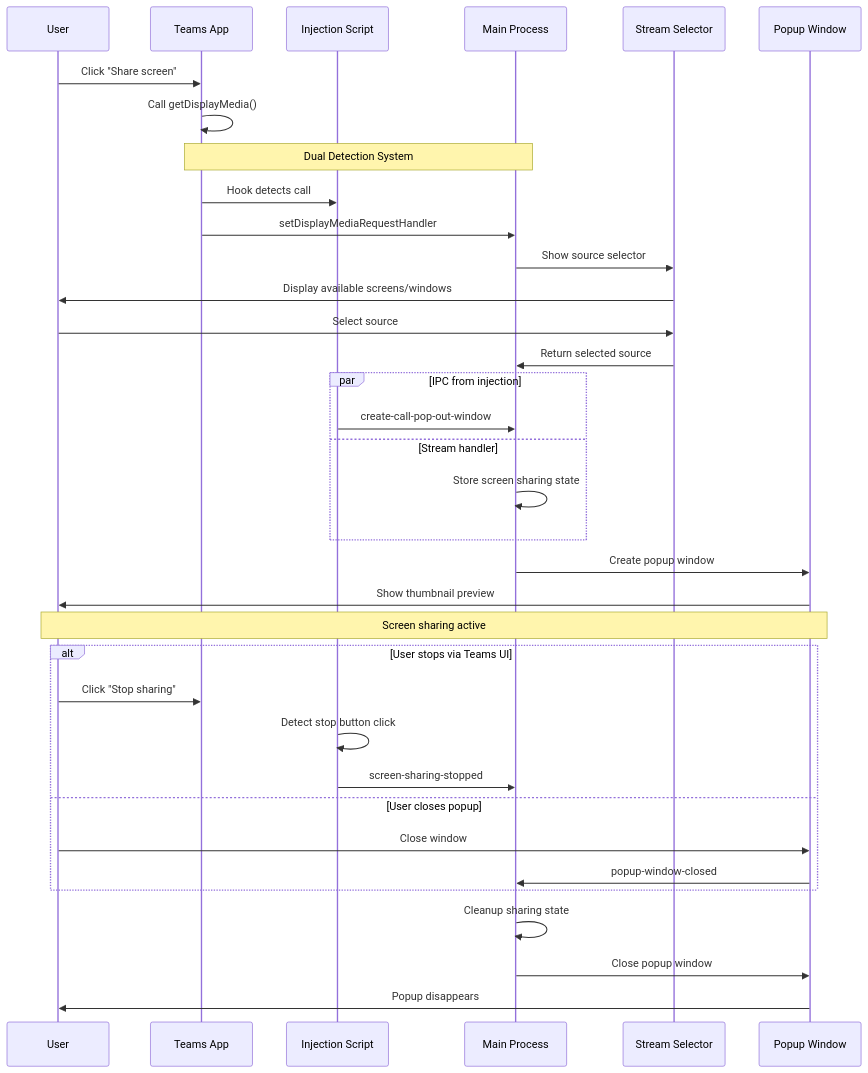
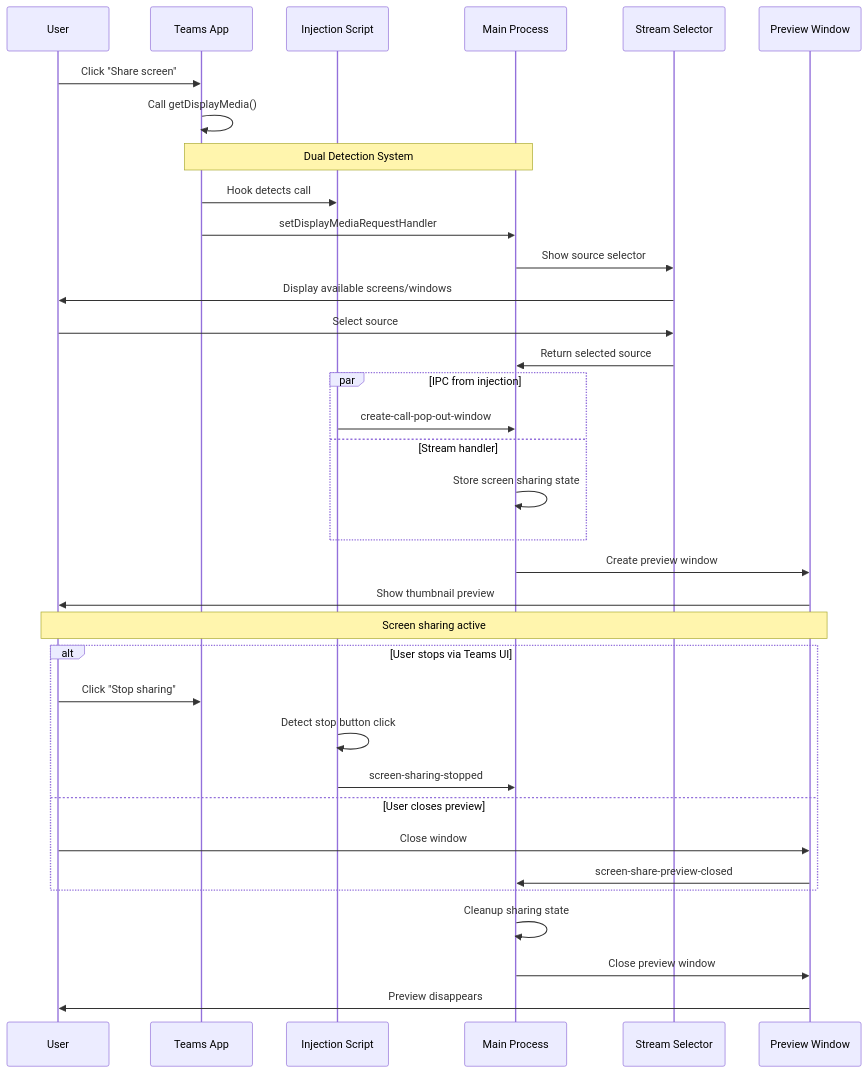
One commit to IsmaelMartinez/teams-for-linux changed the third of 4 diagrams in docs/screen-sharing.md. Above: the diagram before and after it, drawn with Mermaid. The commit also changed other lines of this file and 18 other files, not shown here.

````diff
--- a/docs/screen-sharing.md
+++ b/docs/screen-sharing.md
@@ -79,45 +79,45 @@
 ```mermaid
 sequenceDiagram
     participant U as User
     participant T as Teams App
     participant I as Injection Script
     participant M as Main Process
     participant S as Stream Selector
-    participant P as Popup Window
+    participant P as Preview Window
     
     U->>T: Click "Share screen"
     T->>T: Call getDisplayMedia()
     
     Note over T,M: Dual Detection System
     T->>I: Hook detects call
     T->>M: setDisplayMediaRequestHandler
     
     M->>S: Show source selector
     S->>U: Display available screens/windows
     U->>S: Select source
     S->>M: Return selected source
     
     par IPC from injection
         I->>M: create-call-pop-out-window
     and Stream handler
         M->>M: Store screen sharing state
     end
     
-    M->>P: Create popup window
+    M->>P: Create preview window
     P->>U: Show thumbnail preview
     
     Note over U,P: Screen sharing active
     
     alt User stops via Teams UI
         U->>T: Click "Stop sharing"
         I->>I: Detect stop button click
         I->>M: screen-sharing-stopped
-    else User closes popup
+    else User closes preview
         U->>P: Close window
-        P->>M: popup-window-closed
+        P->>M: screen-share-preview-closed
     end
     
     M->>M: Cleanup sharing state
-    M->>P: Close popup window
-    P->>U: Popup disappears
+    M->>P: Close preview window
+    P->>U: Preview disappears
 ```
````
